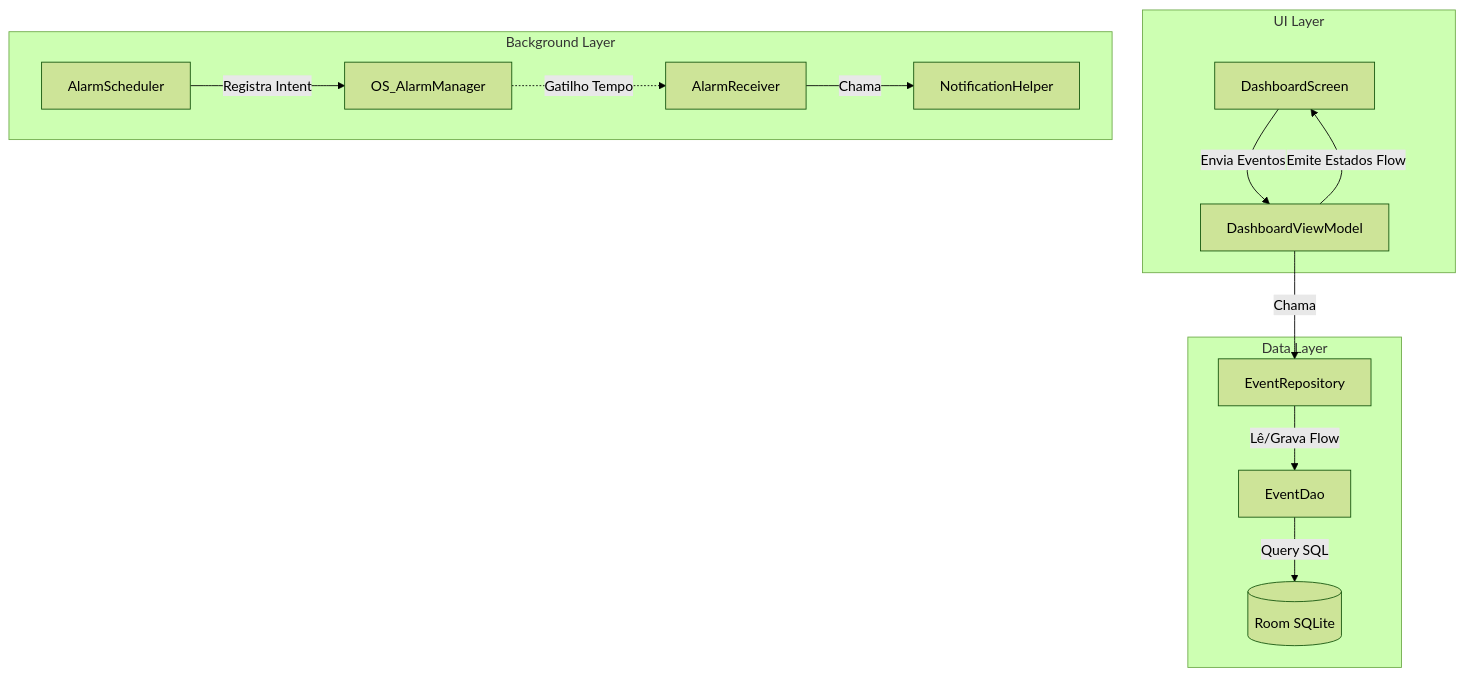
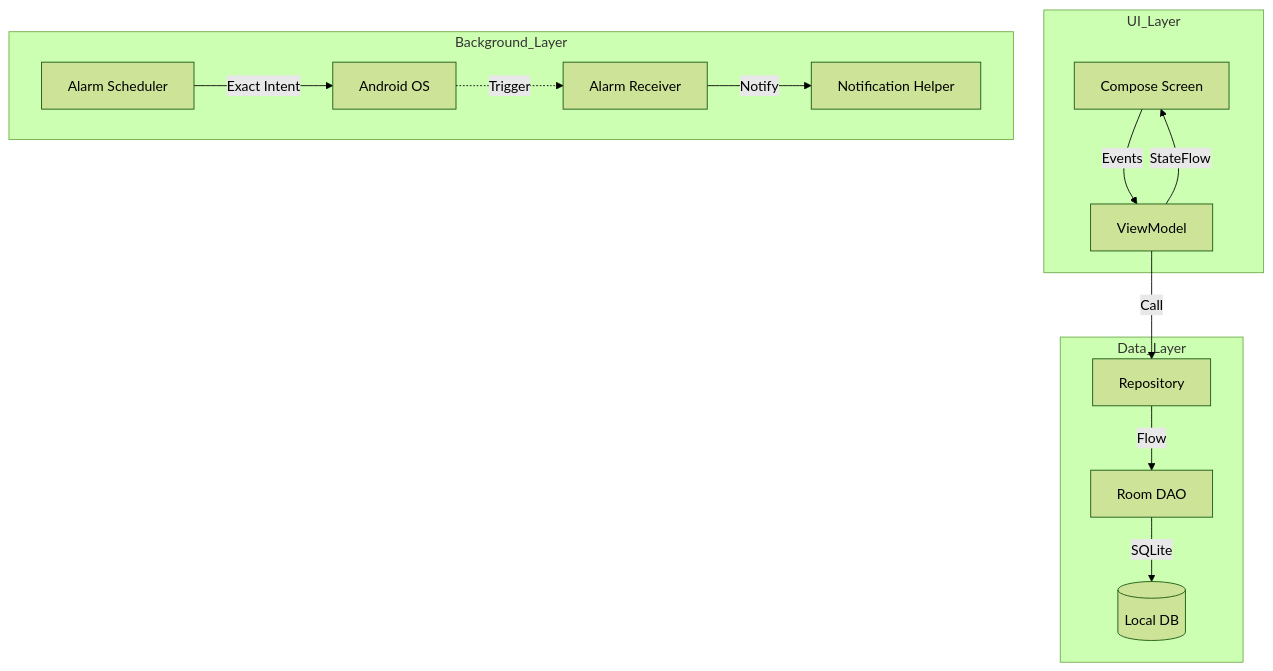
The diagram in Kotlin/README.md (codexico/med-tracker), drawn with Mermaid (forest theme) before and after one commit. The commit also changed other lines of this file and 57 other files, not shown here.

````diff
--- a/Kotlin/README.md
+++ b/Kotlin/README.md
@@ -104,19 +70,19 @@
 ```mermaid
 graph TD;
-    subgraph UI Layer
-        DashboardScreen -->|Envia Eventos| DashboardViewModel;
-        DashboardViewModel -->|Emite Estados Flow| DashboardScreen;
+    subgraph UI_Layer
+        Screen[Compose Screen] -->|Events| VM[ViewModel];
+        VM -->|StateFlow| Screen;
     end
 
-    subgraph Data Layer
-        DashboardViewModel -->|Chama| EventRepository;
-        EventRepository -->|Lê/Grava Flow| EventDao;
-        EventDao -->|Query SQL| RoomDatabase[(Room SQLite)];
+    subgraph Data_Layer
+        VM -->|Call| Repo[Repository];
+        Repo -->|Flow| DAO[Room DAO];
+        DAO -->|SQLite| DB[(Local DB)];
     end
 
-    subgraph Background Layer
-        AlarmScheduler -->|Registra Intent| OS_AlarmManager;
-        OS_AlarmManager -.->|Gatilho Tempo| AlarmReceiver;
-        AlarmReceiver -->|Chama| NotificationHelper;
+    subgraph Background_Layer
+        Scheduler[Alarm Scheduler] -->|Exact Intent| OS[Android OS];
+        OS -.->|Trigger| Receiver[Alarm Receiver];
+        Receiver -->|Notify| Helper[Notification Helper];
     end
 ```
````
